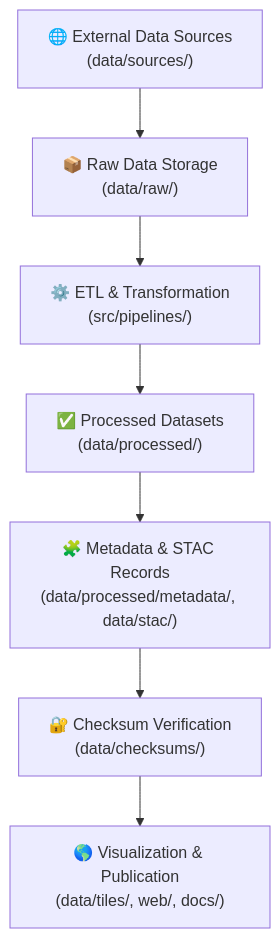
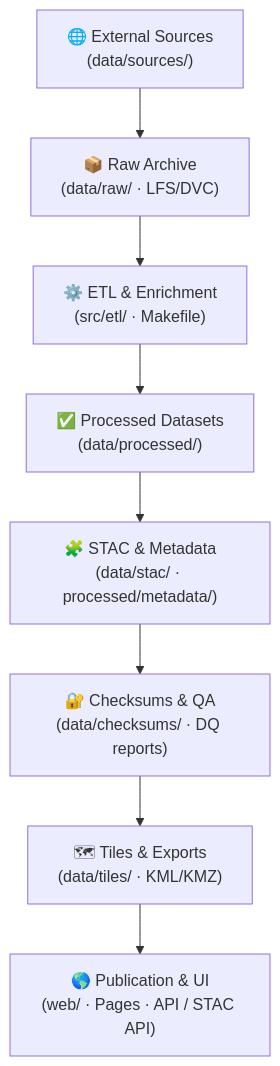
One commit to bartytime4life/Kansas-Frontier-Matrix changed the first of 2 diagrams in docs/architecture/data-architecture.md. Above: the diagram before and after it, drawn with Mermaid. The commit also changed other lines of this file, not shown here.

`````diff
--- a/docs/architecture/data-architecture.md
+++ b/docs/architecture/data-architecture.md
@@ -38,9 +62,10 @@
 ```mermaid
 flowchart TD
-  A["🌐 External Data Sources\n(data/sources/)"] --> B["📦 Raw Data Storage\n(data/raw/)"]
-  B --> C["⚙️ ETL & Transformation\n(src/pipelines/)"]
+  A["🌐 External Sources\n(data/sources/)"] --> B["📦 Raw Archive\n(data/raw/ · LFS/DVC)"]
+  B --> C["⚙️ ETL & Enrichment\n(src/etl/ · Makefile)"]
   C --> D["✅ Processed Datasets\n(data/processed/)"]
-  D --> E["🧩 Metadata & STAC Records\n(data/processed/metadata/, data/stac/)"]
-  E --> F["🔐 Checksum Verification\n(data/checksums/)"]
-  F --> G["🌎 Visualization & Publication\n(data/tiles/, web/, docs/)"]
-````
+  D --> E["🧩 STAC & Metadata\n(data/stac/ · processed/metadata/)"]
+  E --> F["🔐 Checksums & QA\n(data/checksums/ · DQ reports)"]
+  F --> G["🗺 Tiles & Exports\n(data/tiles/ · KML/KMZ)"]
+  G --> H["🌎 Publication & UI\n(web/ · Pages · API / STAC API)"]
+```
`````
